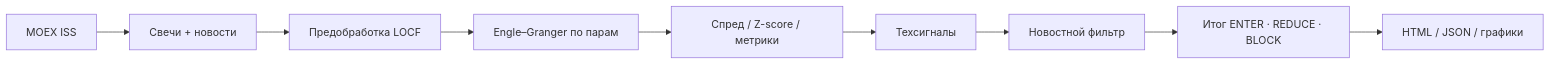
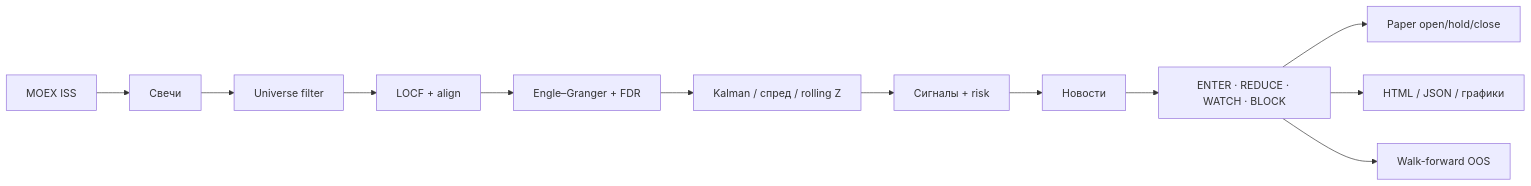
One commit to ITmeansIvanTyulkin/IMOEX changed the diagram in README.md. Above: the diagram before and after it, drawn with Mermaid. The commit also changed other lines of this file, not shown here.

````diff
--- a/README.md
+++ b/README.md
@@ -27,11 +33,14 @@
 ```mermaid
 flowchart LR
-  A[MOEX ISS] --> B[Свечи + новости]
-  B --> C[Предобработка LOCF]
-  C --> D[Engle–Granger по парам]
-  D --> E[Спред / Z-score / метрики]
-  E --> F[Техсигналы]
-  F --> G[Новостной фильтр]
-  G --> H[Итог ENTER · REDUCE · BLOCK]
+  A[MOEX ISS] --> B[Свечи]
+  B --> U[Universe filter]
+  U --> C[LOCF + align]
+  C --> D[Engle–Granger + FDR]
+  D --> E[Kalman / спред / rolling Z]
+  E --> F[Сигналы + risk]
+  F --> G[Новости]
+  G --> H[ENTER · REDUCE · WATCH · BLOCK]
+  H --> P[Paper open/hold/close]
   H --> I[HTML / JSON / графики]
+  H --> W[Walk-forward OOS]
 ```
````
